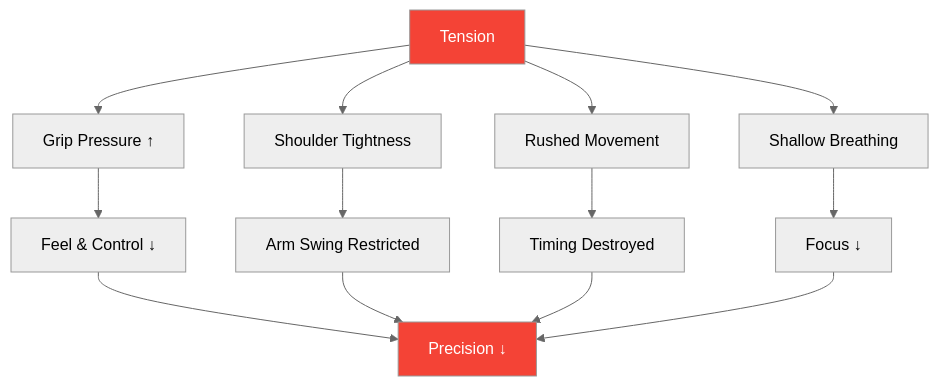
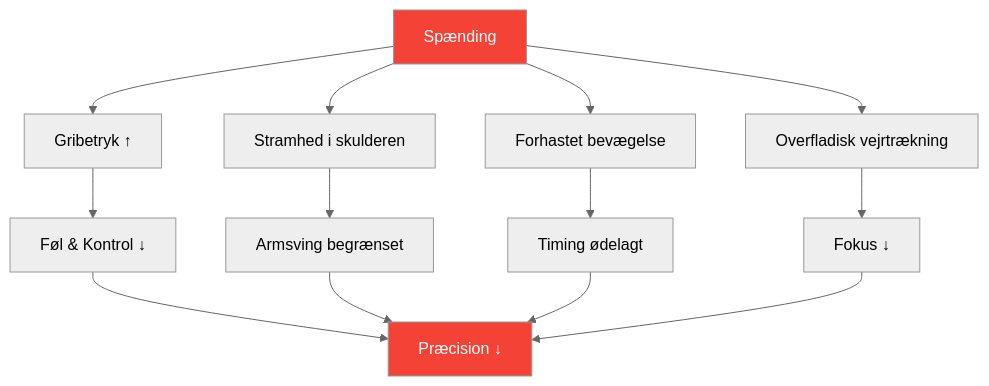
One commit to patwii/petanque-academy changed the diagram in docs/da/education/tension/index.md. Above: the diagram before and after it, drawn with Mermaid (neutral theme). The commit also changed other lines of this file and 550 other files, not shown here.

````diff
--- a/docs/da/education/tension/index.md
+++ b/docs/da/education/tension/index.md
@@ -20,20 +20,20 @@
 ```mermaid
 flowchart TD
-    A[Tension] --> B[Grip Pressure ↑]
-    A --> C[Shoulder Tightness]
-    A --> D[Rushed Movement]
-    A --> E[Shallow Breathing]
+    A[Spænding] --> B[Gribetryk ↑]
+    A --> C[Stramhed i skulderen]
+    A --> D[Forhastet bevægelse]
+    A --> E[Overfladisk vejrtrækning]
 
-    B --> F[Feel & Control ↓]
-    C --> G[Arm Swing Restricted]
-    D --> H[Timing Destroyed]
-    E --> I[Focus ↓]
+    B --> F[Føl &amp; Kontrol ↓]
+    C --> G[Armsving begrænset]
+    D --> H[Timing ødelagt]
+    E --> I[Fokus ↓]
 
-    F --> J[Precision ↓]
+    F --> J[Præcision ↓]
     G --> J
     H --> J
     I --> J
 
     style A fill:#f44336,color:#fff
     style J fill:#f44336,color:#fff
 ```
````
